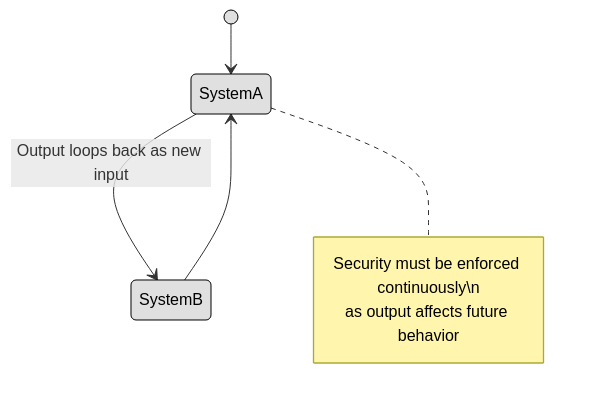
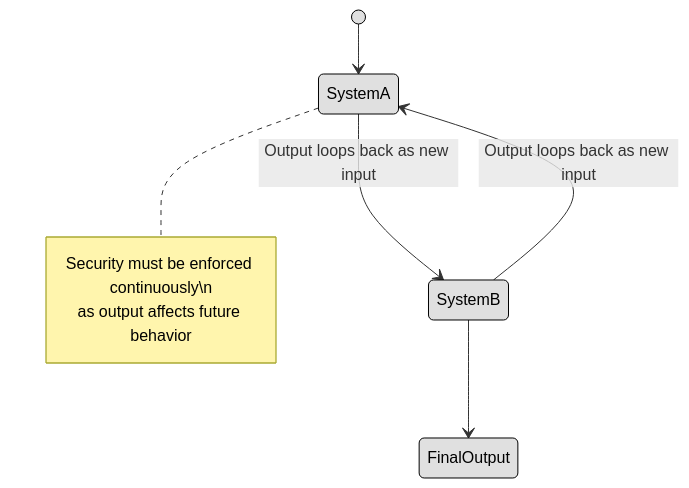
The third of 8 diagrams in DOMAIN3: Security Architecture and Engineering/3.02 Understand the fundamental concepts of security models (e.g. Biba, STar Model, Bell Lapadula).md (lorenzoleonelli/CISSP-Zero-to-Hero), drawn with Mermaid before and after one commit.

Commit message:
Update 3.02 Understand the fundamental concepts of security models (e.g. Biba, STar Model, Bell Lapadula).md

````diff
--- a/DOMAIN3: Security Architecture and Engineering/3.02 Understand the fundamental concepts of security models (e.g. Biba, STar Model, Bell Lapadula).md
+++ b/DOMAIN3: Security Architecture and Engineering/3.02 Understand the fundamental concepts of security models (e.g. Biba, STar Model, Bell Lapadula).md
@@ -58,14 +58,15 @@
 ```mermaid
 stateDiagram-v2
     [*] --> SystemA
     SystemA --> SystemB : Output loops back as new input
-    SystemB --> SystemA
+    SystemB --> SystemA : Output loops back as new input
+    SystemB --> FinalOutput
 
     note right of SystemA
       Security must be enforced continuously\n
       as output affects future behavior
     end note
 
     classDef center fill:#ffffff,color:#000000,stroke:#000000,stroke-width:1px,font-weight:bold
     classDef node fill:#e0e0e0,color:#000000,stroke:#000000,stroke-width:1px
 ```
````
